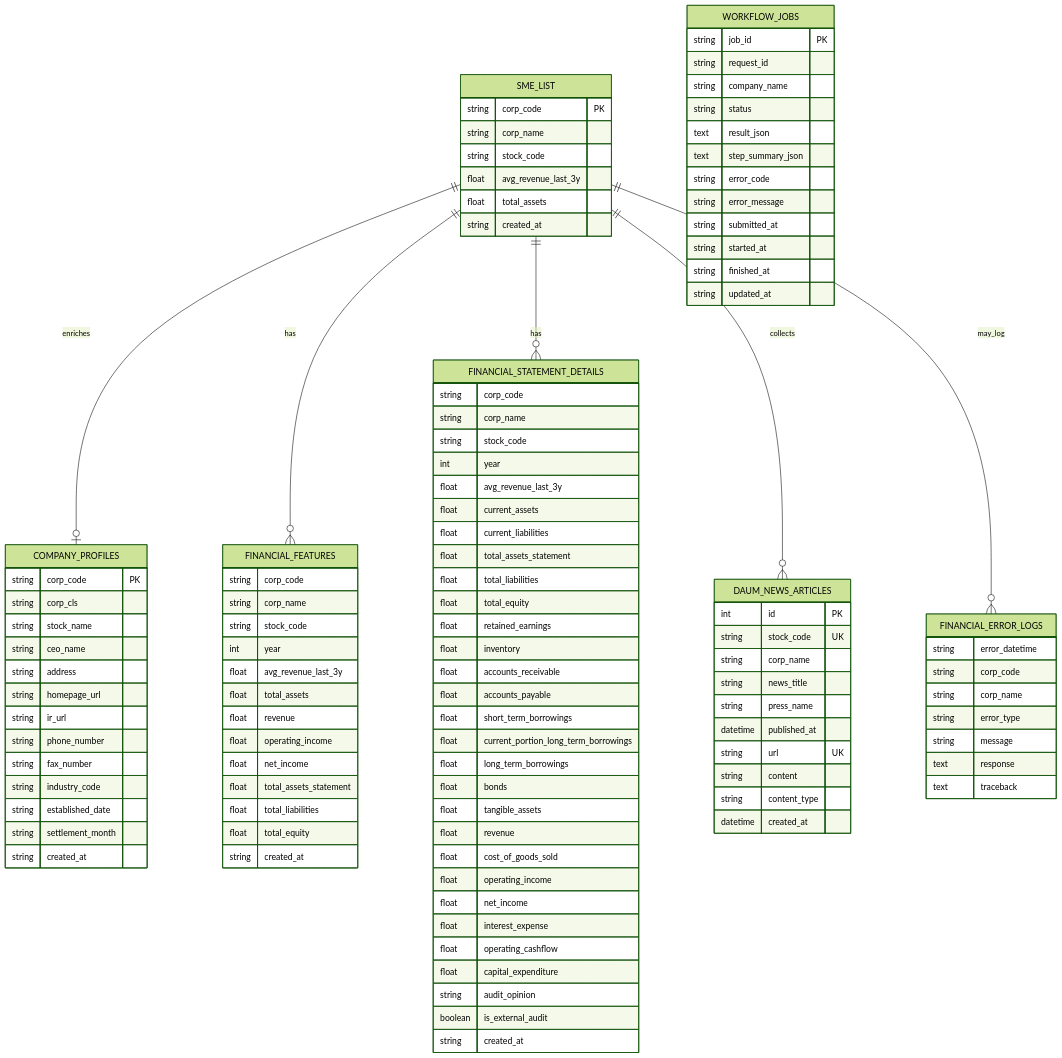
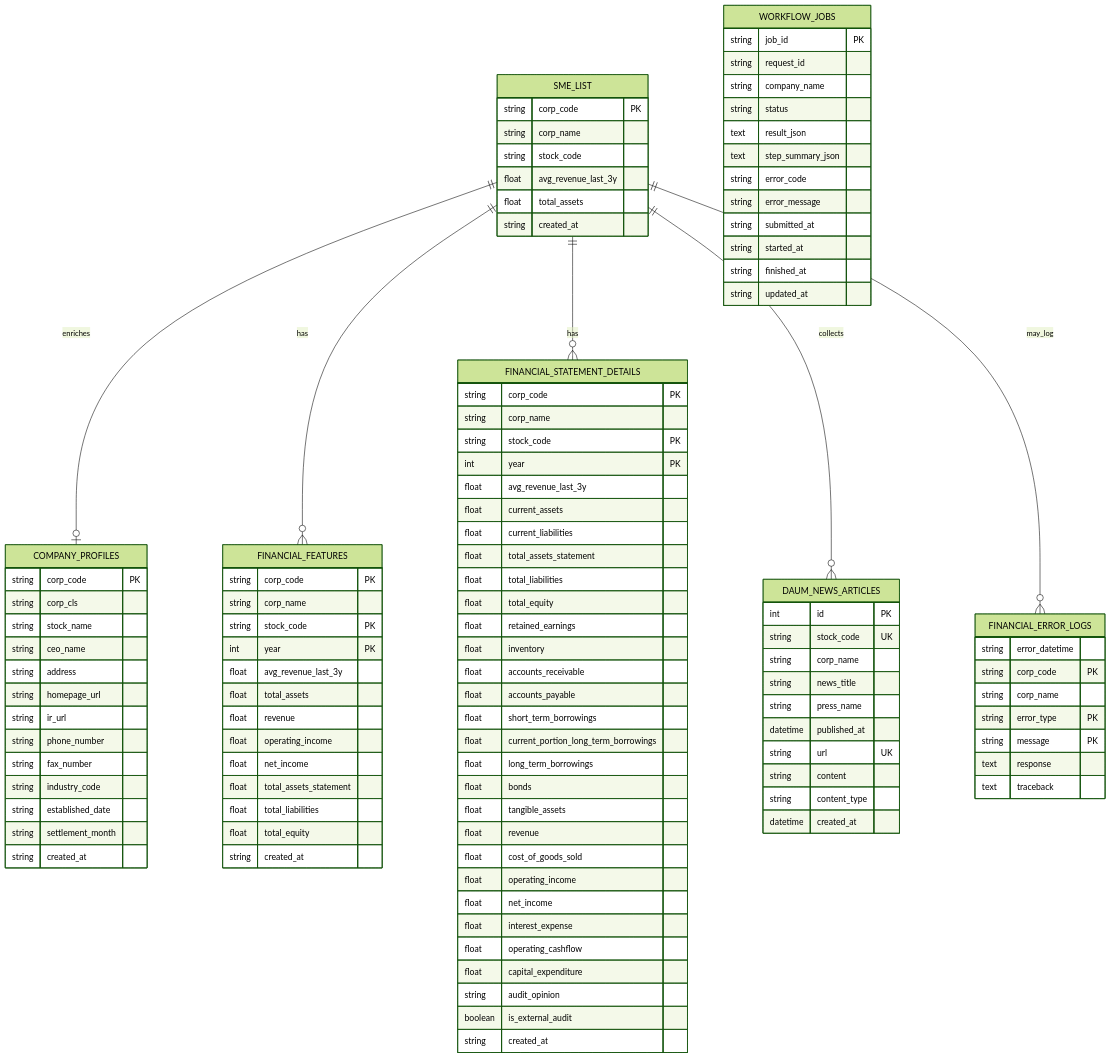
One commit to hypoxisaurea/FinAgent-SME changed the first of 2 diagrams in docs/design/erd.md. Above: the diagram before and after it, drawn with Mermaid (forest theme). The commit also changed other lines of this file and 5 other files, not shown here.

Commit message:
docs: 업데이트된 ERD 및 인터페이스 정의서에 복합 키 및 컨테이너 실행 계약 추가

```diff
--- a/docs/design/erd.md
+++ b/docs/design/erd.md
@@ -41,10 +41,10 @@
     }
 
     FINANCIAL_FEATURES {
-        string corp_code
+        string corp_code PK
         string corp_name
-        string stock_code
-        int year
+        string stock_code PK
+        int year PK
         float avg_revenue_last_3y
         float total_assets
         float revenue
@@ -57,10 +57,10 @@
     }
 
     FINANCIAL_STATEMENT_DETAILS {
-        string corp_code
+        string corp_code PK
         string corp_name
-        string stock_code
-        int year
+        string stock_code PK
+        int year PK
         float avg_revenue_last_3y
         float current_assets
         float current_liabilities
@@ -103,10 +103,10 @@
 
     FINANCIAL_ERROR_LOGS {
         string error_datetime
-        string corp_code
+        string corp_code PK
         string corp_name
-        string error_type
-        string message
+        string error_type PK
+        string message PK
         text response
         text traceback
     }
```
